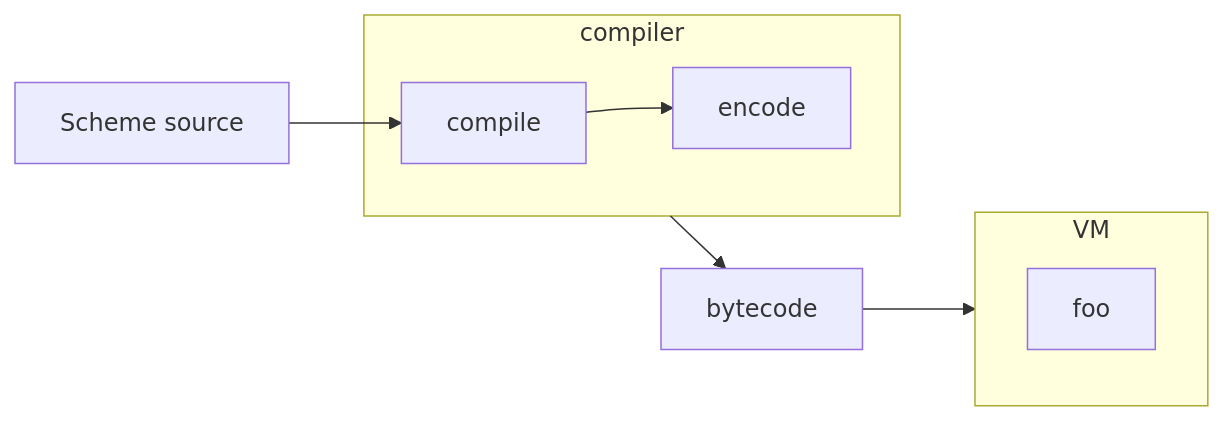
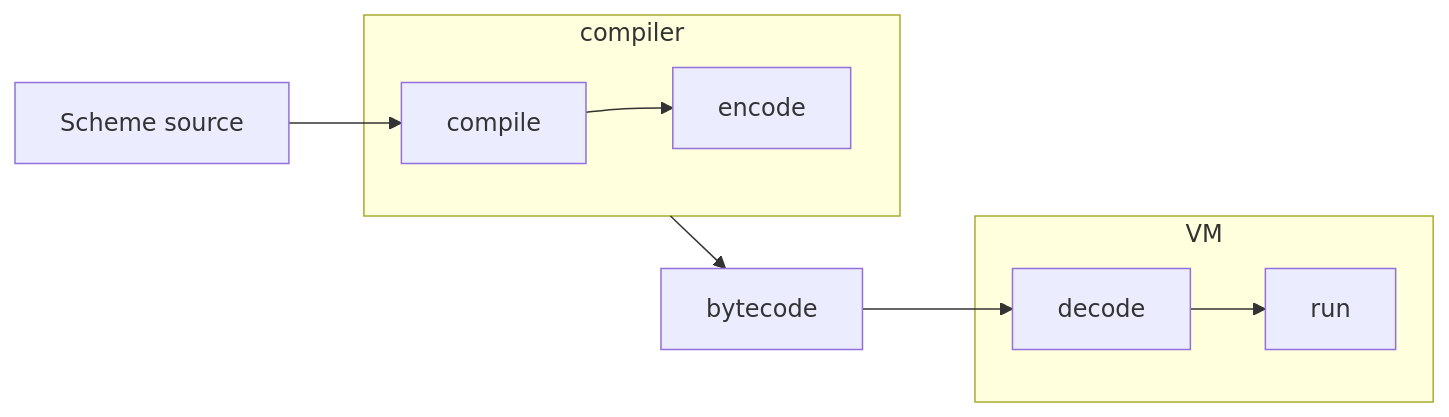
One commit to raviqqe/doc changed the diagram in slides/papers/stak-scheme/encode-decode.mmd. Above: the diagram before and after it, drawn with Mermaid.

```diff
--- a/slides/papers/stak-scheme/encode-decode.mmd
+++ b/slides/papers/stak-scheme/encode-decode.mmd
@@ -1,12 +1,12 @@
 flowchart LR
   n0[Scheme source] --> compile
 
   subgraph compiler
     compile --> encode
   end
 
-  compiler --> bytecode --> vm
+  compiler --> bytecode --> decode
 
   subgraph vm[VM]
-    foo
+    decode --> run
   end
```
